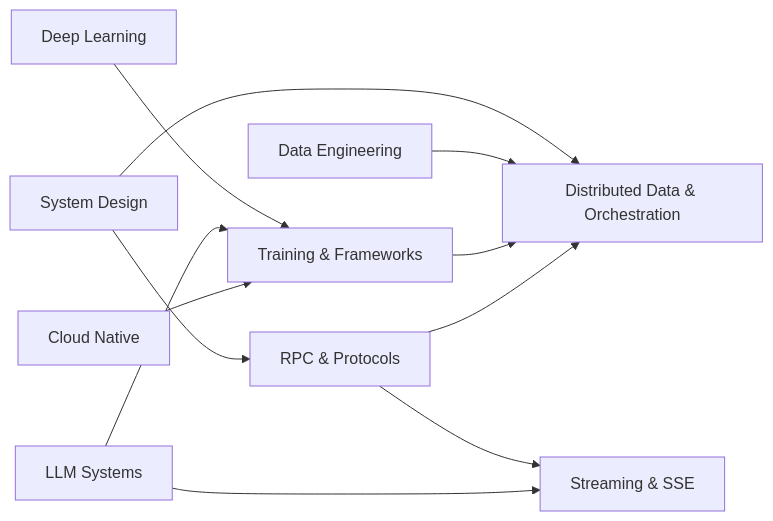
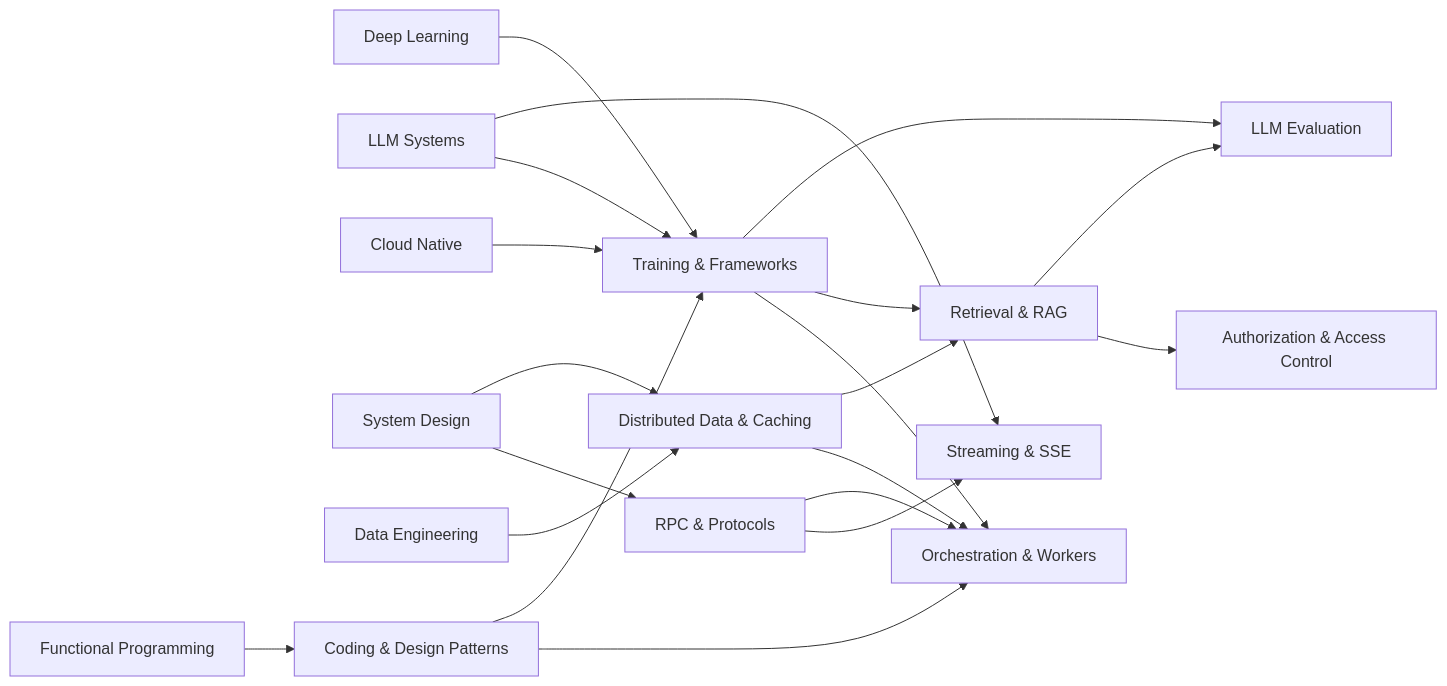
Before and after one commit to urmzd/supersource: the diagram in ai-platform-engineering/README.md, drawn with Mermaid. The commit also changed other lines of this file and 12 other files, not shown here.

First line of the commit message:
Refocus AI Platform Engineering track on patterns; add retrieval, authz, eval

````diff
--- a/ai-platform-engineering/README.md
+++ b/ai-platform-engineering/README.md
@@ -9,13 +11,22 @@
 ```mermaid
 graph LR
     DL[Deep Learning] --> TF[Training & Frameworks]
     LLM[LLM Systems] --> TF
     CN[Cloud Native] --> TF
     SD[System Design] --> RPC[RPC & Protocols]
     RPC --> SSE[Streaming & SSE]
     LLM --> SSE
-    SD --> DDO[Distributed Data & Orchestration]
-    DE[Data Engineering] --> DDO
-    TF --> DDO
-    RPC --> DDO
+    SD --> DDC[Distributed Data & Caching]
+    DE[Data Engineering] --> DDC
+    DDC --> ORC[Orchestration & Workers]
+    TF --> ORC
+    RPC --> ORC
+    FP[Functional Programming] --> CDP[Coding & Design Patterns]
+    CDP --> ORC
+    CDP --> TF
+    TF --> RAG[Retrieval & RAG]
+    DDC --> RAG
+    RAG --> AUTH[Authorization & Access Control]
+    TF --> EVAL[LLM Evaluation]
+    RAG --> EVAL
 ```
````
